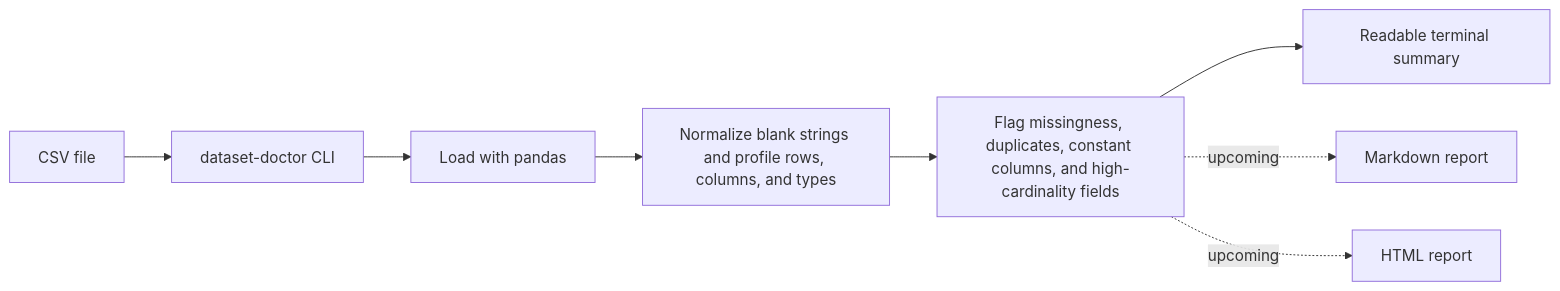
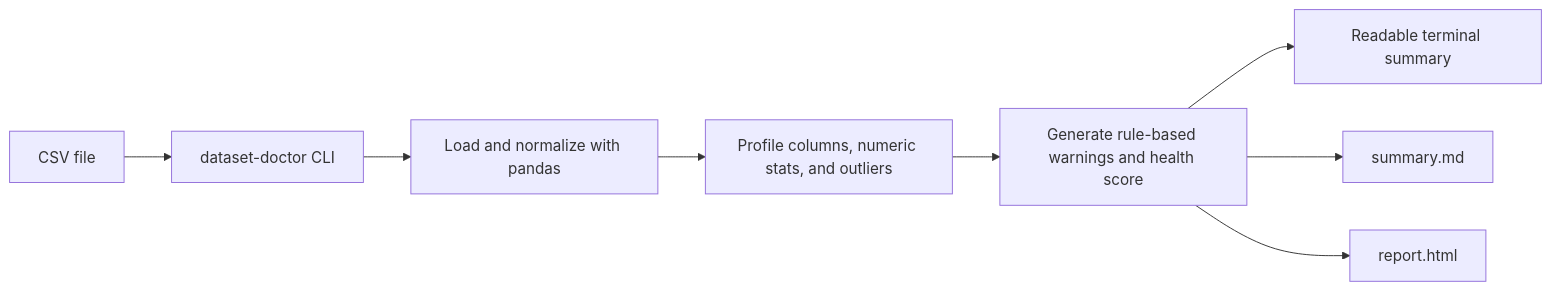
One commit to addaan1/dataset-doctor changed the diagram in README.md. Above: the diagram before and after it, drawn with Mermaid. The commit also changed other lines of this file and 14 other files, not shown here.

````diff
--- a/README.md
+++ b/README.md
@@ -121,10 +139,10 @@
 ```mermaid
 flowchart LR
     A[CSV file] --> B[dataset-doctor CLI]
-    B --> C[Load with pandas]
-    C --> D[Normalize blank strings and profile rows, columns, and types]
-    D --> E[Flag missingness, duplicates, constant columns, and high-cardinality fields]
+    B --> C[Load and normalize with pandas]
+    C --> D[Profile columns, numeric stats, and outliers]
+    D --> E[Generate rule-based warnings and health score]
     E --> F[Readable terminal summary]
-    E -. upcoming .-> G[Markdown report]
-    E -. upcoming .-> H[HTML report]
+    E --> G[summary.md]
+    E --> H[report.html]
 ```
````
